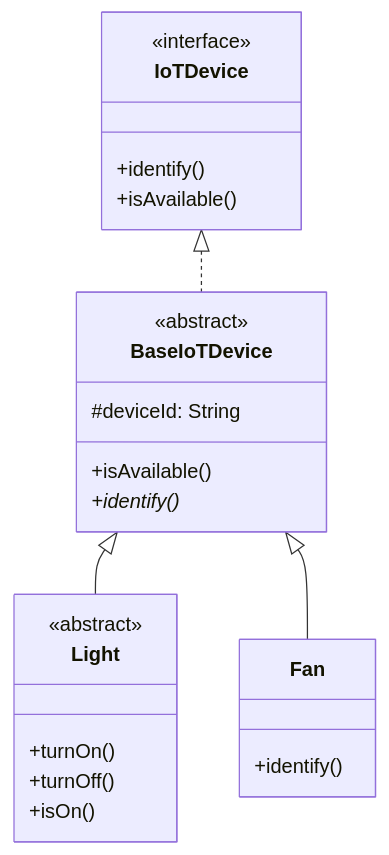
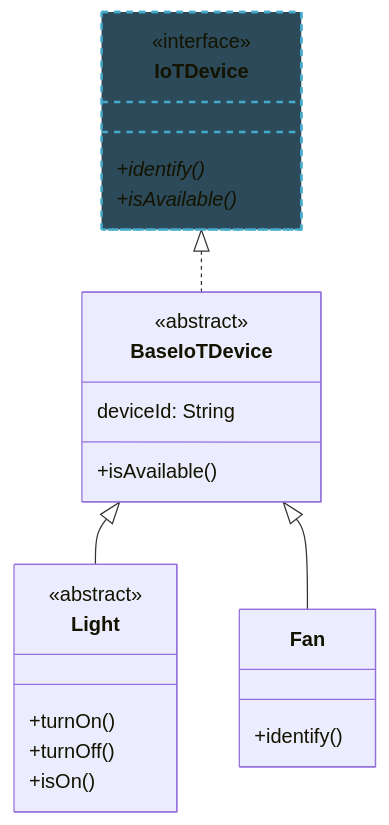
The seventh of 22 diagrams in lecture-slides-spertus/l2-inheritance-polymorphism.mdx (neu-pdi/cs3100-public-resources), drawn with Mermaid before and after one commit. The commit also changed other lines of this file and 6 other files, not shown here.

````diff
--- a/lecture-slides-spertus/l2-inheritance-polymorphism.mdx
+++ b/lecture-slides-spertus/l2-inheritance-polymorphism.mdx
@@ -274,26 +584,26 @@
 ```mermaid
 classDiagram
     class IoTDevice {
         <<interface>>
-        +identify()
-        +isAvailable()
+        +identify()*
+        +isAvailable()*
     }
     class BaseIoTDevice {
         <<abstract>>
-        #deviceId: String
+        deviceId: String
         +isAvailable()
-        +identify()*
     }
     class Light {
         <<abstract>>
         +turnOn()
         +turnOff()
         +isOn()
     }
     class Fan {
         +identify()
     }
     IoTDevice <|.. BaseIoTDevice
     BaseIoTDevice <|-- Light
     BaseIoTDevice <|-- Fan
+    style IoTDevice fill:#2d4a5a,stroke:#4ac,stroke-width:2px,stroke-dasharray: 5 5
 ```
````
